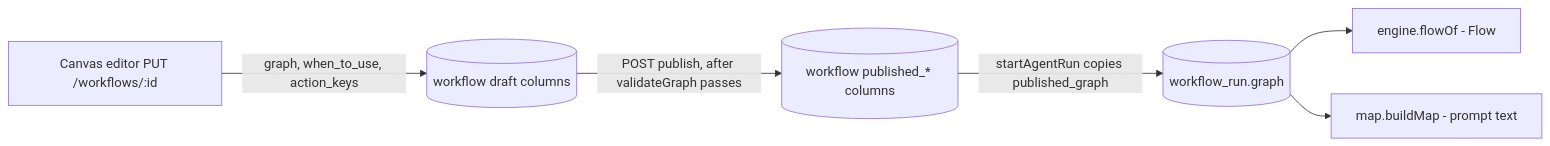
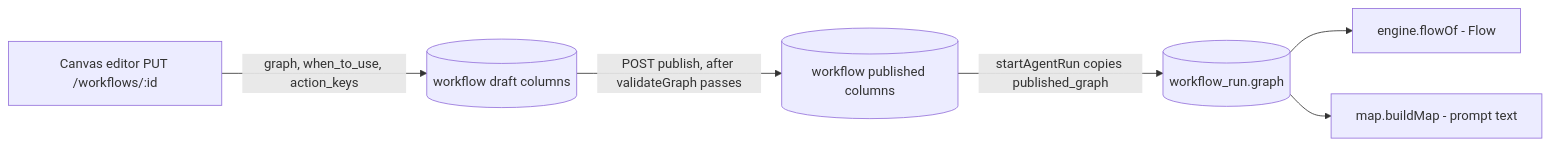
One commit to punit-walkover/workflow-poc-agentic changed the fourth of 18 diagrams in docs/BACKEND_END_TO_END_DOCUMENTATION.md. Above: the diagram before and after it, drawn with Mermaid. The commit also changed other lines of this file and 3 other files, not shown here.

````diff
--- a/docs/BACKEND_END_TO_END_DOCUMENTATION.md
+++ b/docs/BACKEND_END_TO_END_DOCUMENTATION.md
@@ -309,8 +311,8 @@
 ```mermaid
 flowchart LR
   E[Canvas editor PUT /workflows/:id] -->|graph, when_to_use, action_keys| D[(workflow draft columns)]
-  D -->|POST publish, after validateGraph passes| P[(workflow published_* columns)]
+  D -->|POST publish, after validateGraph passes| P[(workflow published columns)]
   P -->|startAgentRun copies published_graph| R[(workflow_run.graph)]
   R --> F[engine.flowOf - Flow]
   R --> M[map.buildMap - prompt text]
 ```
````
